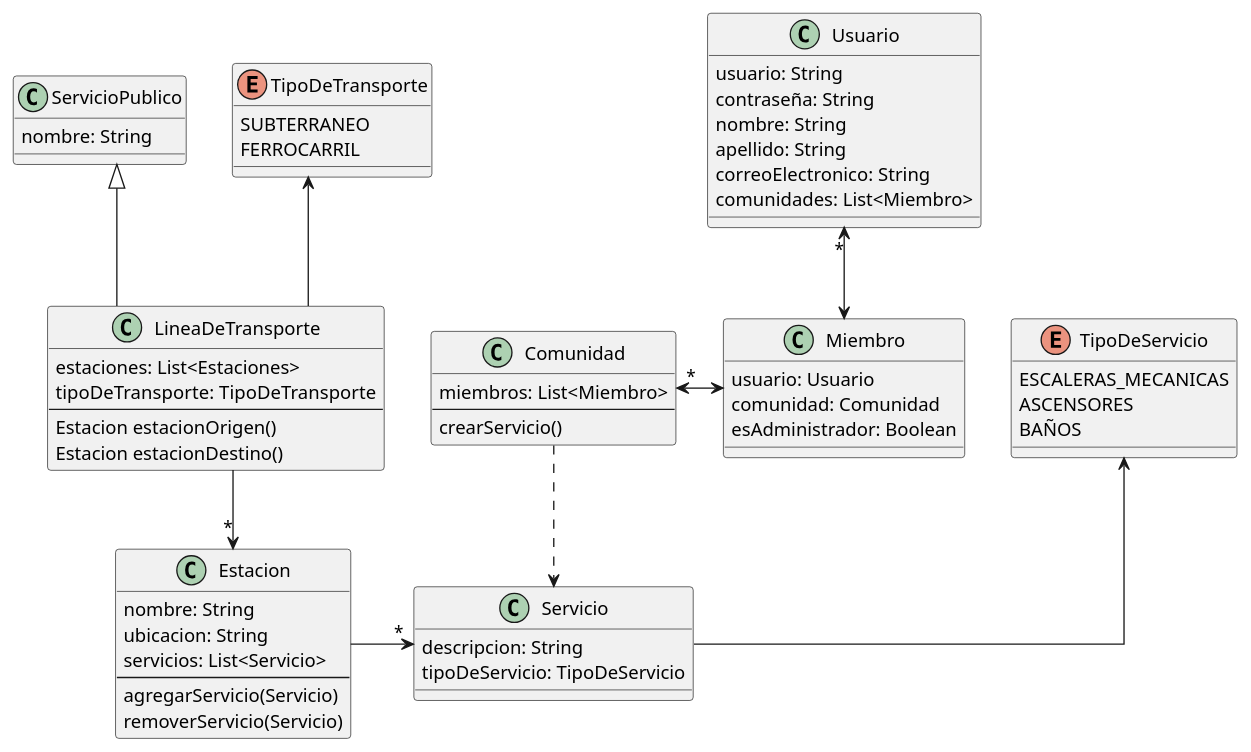
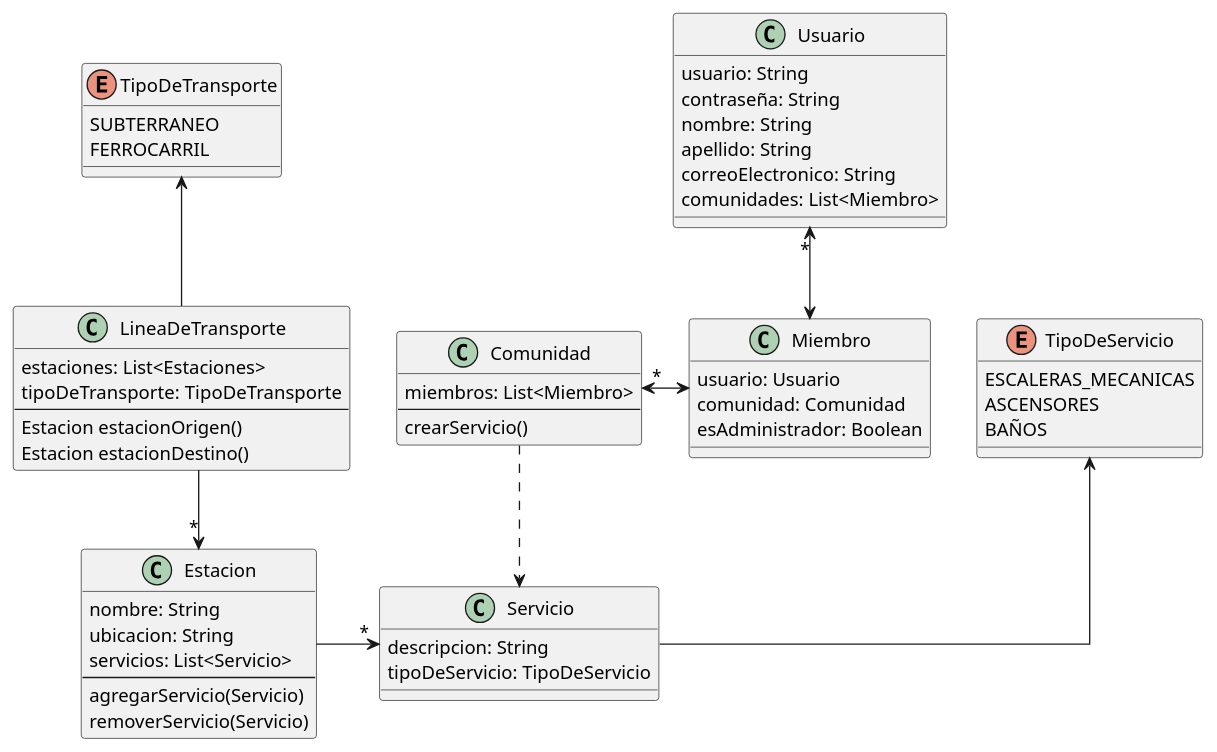
One commit to ValenAquino/tp-dds-2023 changed the diagram in docs/clases.puml. Above: the diagram before and after it, drawn with PlantUML.

Commit message:
docs(clases): eliminar ServicioPublico

```diff
--- a/docs/clases.puml
+++ b/docs/clases.puml
@@ -1,67 +1,63 @@
 @startuml TPA1-Clases
 skinparam linetype ortho
-class ServicioPublico{
-  nombre: String
-}
 
 class LineaDeTransporte {
   estaciones: List<Estaciones>
   tipoDeTransporte: TipoDeTransporte
   --
   Estacion estacionOrigen()
   Estacion estacionDestino()
 }
 enum TipoDeTransporte {
   SUBTERRANEO
   FERROCARRIL
 }
 
 class Estacion {
   nombre: String
   ubicacion: String
   servicios: List<Servicio>
   --
   agregarServicio(Servicio)
   removerServicio(Servicio)
 }
 
 class Comunidad {
   miembros: List<Miembro>
   --
   crearServicio()
 }
 
 class Usuario {
   usuario: String
   contraseña: String
   nombre: String
   apellido: String
   correoElectronico: String
   comunidades: List<Miembro>
 }
 
 class Miembro {
   usuario: Usuario
   comunidad: Comunidad
   esAdministrador: Boolean
 }
 
 class Servicio{
   descripcion: String
   tipoDeServicio: TipoDeServicio
 }
 enum TipoDeServicio {
   ESCALERAS_MECANICAS
   ASCENSORES
   BAÑOS
 }
 
 Estacion ->"*" Servicio
 TipoDeServicio <-- Servicio
 Comunidad ..> Servicio
-ServicioPublico <|-- LineaDeTransporte
 Usuario "*"<--> Miembro
 Comunidad "*"<-> Miembro
 LineaDeTransporte -->"*" Estacion
 TipoDeTransporte <-- LineaDeTransporte
 @enduml
```
